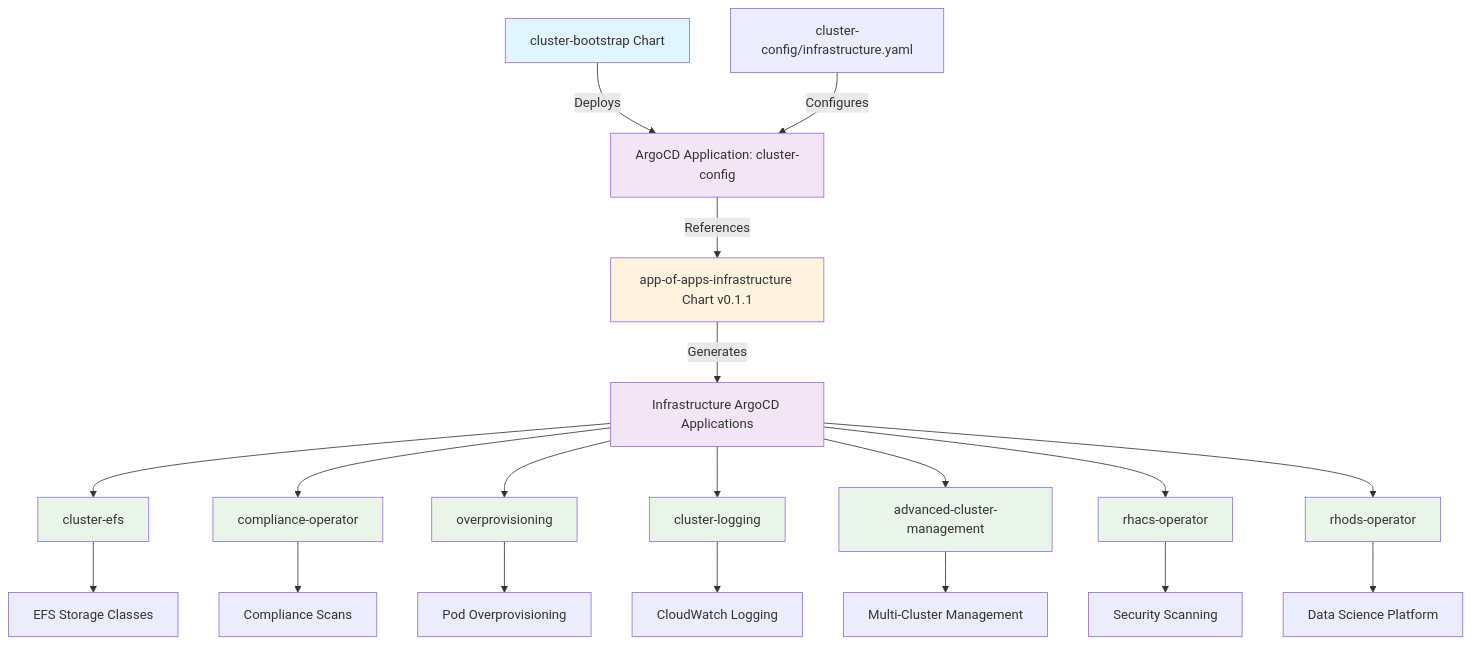
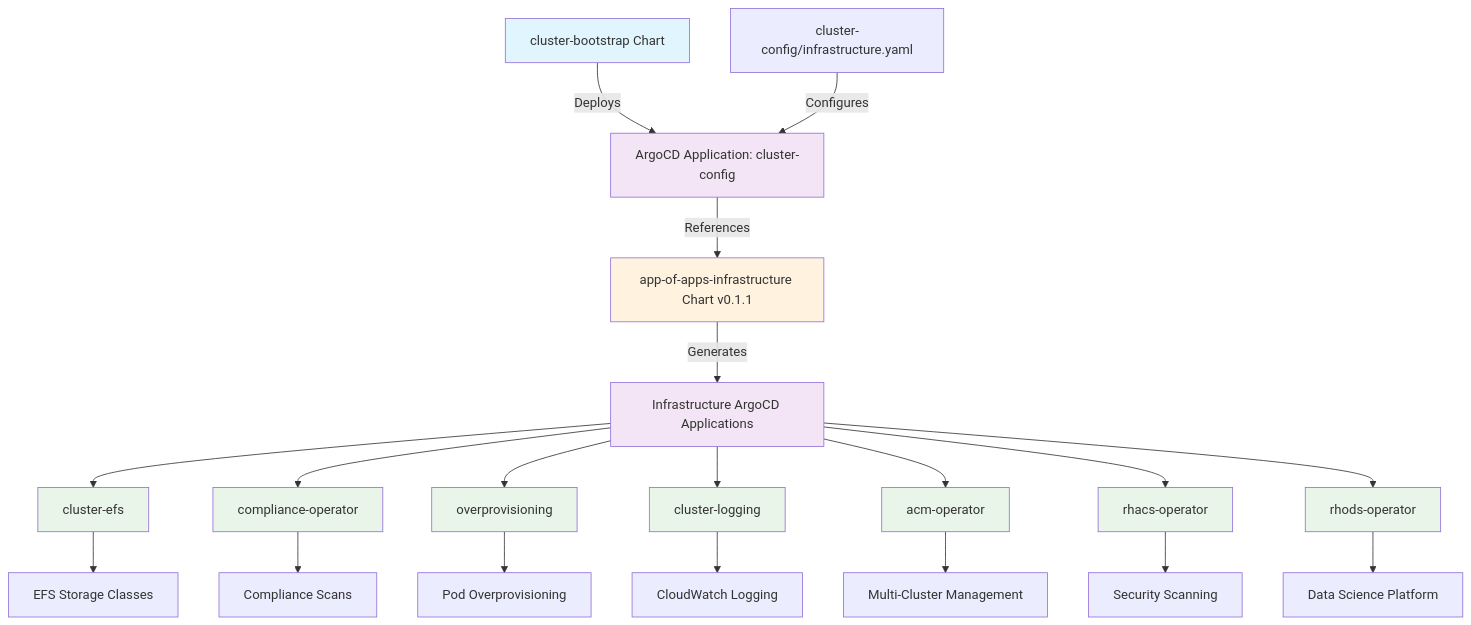
Before and after one commit to rosa-hcp-dedicated-vpc/helm-repository: the diagram in charts/app-of-apps-infrastructure/README.md, drawn with Mermaid. The commit also changed other lines of this file and 7 other files, not shown here.

First line of the commit message:
Rename advanced-cluster-management chart to acm-operator v0.2.0

````diff
--- a/charts/app-of-apps-infrastructure/README.md
+++ b/charts/app-of-apps-infrastructure/README.md
@@ -9,36 +9,36 @@
 ```mermaid
 graph TD
     A[cluster-bootstrap Chart] -->|Deploys| B[ArgoCD Application: cluster-config]
     B -->|References| C[app-of-apps-infrastructure Chart v0.1.1]
     C -->|Generates| D[Infrastructure ArgoCD Applications]
     
     E[cluster-config/infrastructure.yaml] -->|Configures| B
     
     D --> F[cluster-efs]
     D --> G[compliance-operator]
     D --> H[overprovisioning]
     D --> I[cluster-logging]
-    D --> J[advanced-cluster-management]
+    D --> J[acm-operator]
     D --> K[rhacs-operator]
     D --> L[rhods-operator]
     
     F --> M[EFS Storage Classes]
     G --> N[Compliance Scans]
     H --> O[Pod Overprovisioning]
     I --> P[CloudWatch Logging]
     J --> Q[Multi-Cluster Management]
     K --> R[Security Scanning]
     L --> S[Data Science Platform]
     
     style A fill:#e1f5fe
     style B fill:#f3e5f5
     style C fill:#fff3e0
     style D fill:#f3e5f5
     style F fill:#e8f5e8
     style G fill:#e8f5e8
     style H fill:#e8f5e8
     style I fill:#e8f5e8
     style J fill:#e8f5e8
     style K fill:#e8f5e8
     style L fill:#e8f5e8
 ```
````
